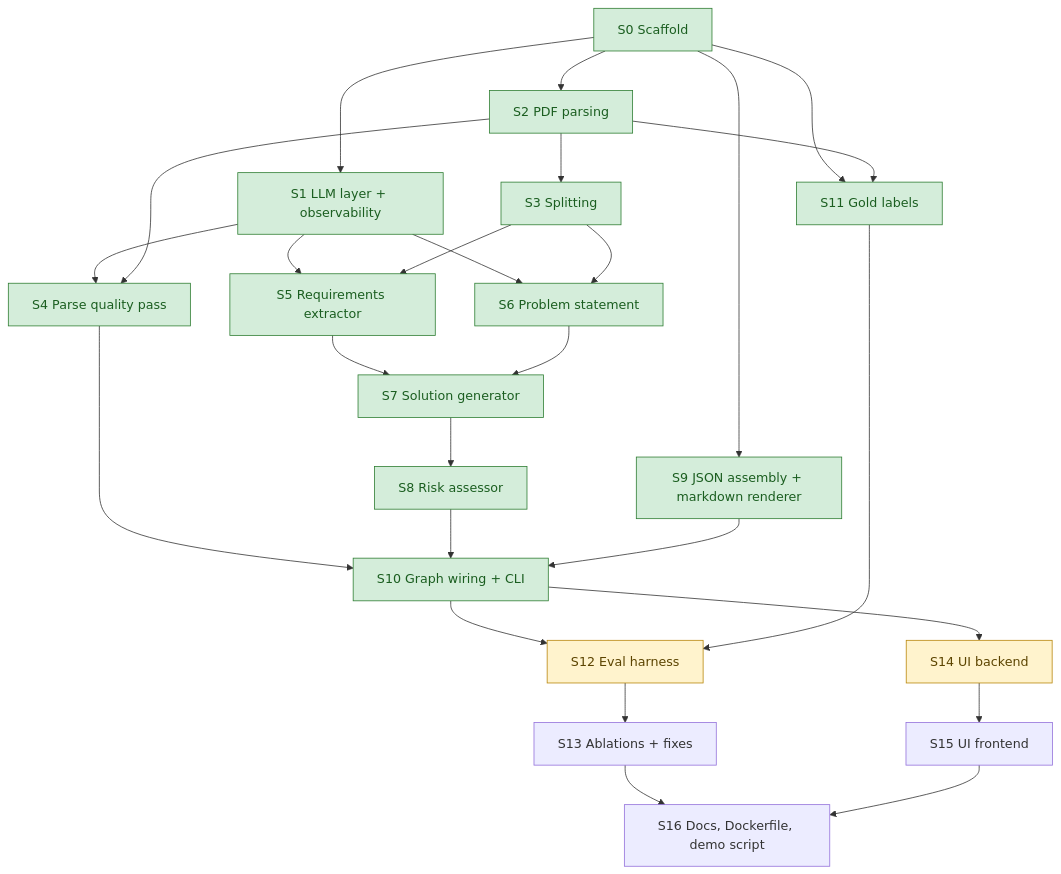
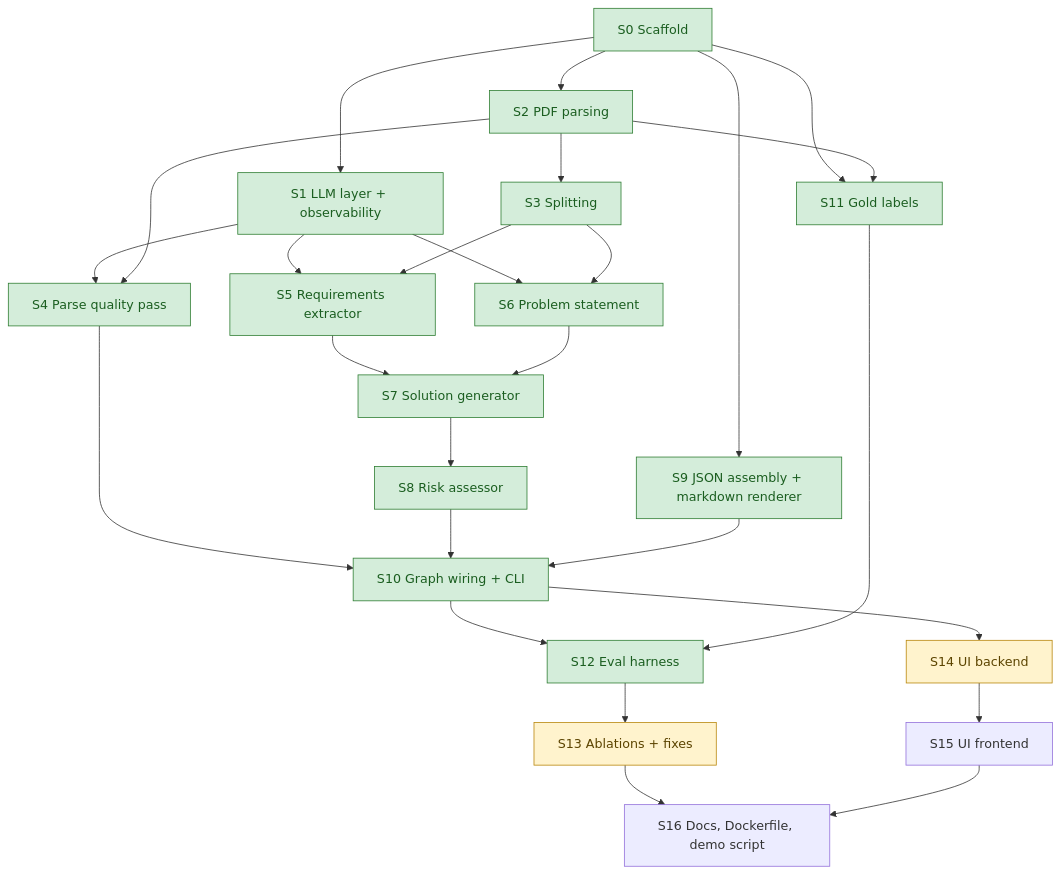
Before and after one commit to lofeodo/rfp-solution-summary-generator: the second of 2 diagrams in docs/ROADMAP.md, drawn with Mermaid. The commit also changed other lines of this file and 7 other files, not shown here.

Commit message:
S12: roadmap done with baseline results, D35, D36, F13, F14 (F7 fixed), judge prompt notes, evaluation assumptions, time log, README evaluation section

````diff
--- a/docs/ROADMAP.md
+++ b/docs/ROADMAP.md
@@ -82,33 +82,33 @@
 ```mermaid
 flowchart TD
     S0[S0 Scaffold] --> S1[S1 LLM layer + observability]
     S0 --> S2[S2 PDF parsing]
     S0 --> S9[S9 JSON assembly + markdown renderer]
     S0 --> S11[S11 Gold labels]
     S2 --> S3[S3 Splitting]
     S1 --> S4[S4 Parse quality pass]
     S2 --> S4
     S1 --> S5[S5 Requirements extractor]
     S3 --> S5
     S1 --> S6[S6 Problem statement]
     S3 --> S6
     S5 --> S7[S7 Solution generator]
     S6 --> S7
     S7 --> S8[S8 Risk assessor]
     S4 --> S10[S10 Graph wiring + CLI]
     S8 --> S10
     S9 --> S10
     S2 --> S11
     S10 --> S12[S12 Eval harness]
     S11 --> S12
     S12 --> S13[S13 Ablations + fixes]
     S10 --> S14[S14 UI backend]
     S14 --> S15[S15 UI frontend]
     S13 --> S16[S16 Docs, Dockerfile, demo script]
     S15 --> S16
 
     classDef done fill:#d4edda,stroke:#2e7d32,color:#1b5e20
     classDef ready fill:#fff3cd,stroke:#b8860b,color:#5c4400
-    class S0,S1,S2,S3,S4,S5,S6,S7,S8,S9,S10,S11 done
-    class S12,S14 ready
+    class S0,S1,S2,S3,S4,S5,S6,S7,S8,S9,S10,S11,S12 done
+    class S13,S14 ready
 ```
````
